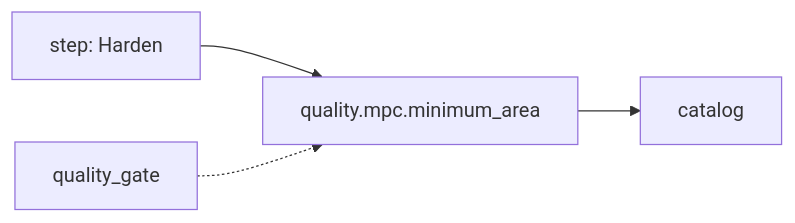
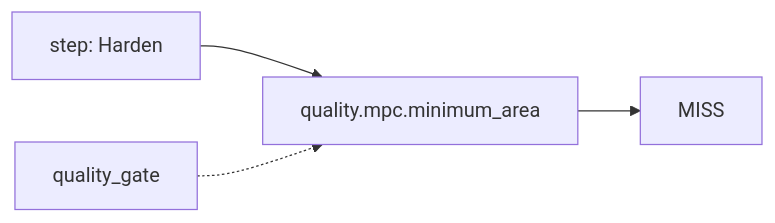
Before and after one commit to openecos-projects/ecc: diagram 17 of 53 in .github/signoff-board/signoff-kanban.md, drawn with Mermaid. The commit also changed other lines of this file and 2 other files, not shown here.

First line of the commit message:
feat(signoff): add performance / iSTA catalog slots (43 metrics)

````diff
--- a/.github/signoff-board/signoff-kanban.md
+++ b/.github/signoff-board/signoff-kanban.md
@@ -438,6 +470,6 @@
 ```mermaid
 flowchart LR
   step_quality_mpc_minimum_area["step: Harden"] --> metric_quality_mpc_minimum_area["quality.mpc.minimum_area"]
-  metric_quality_mpc_minimum_area --> state_quality_mpc_minimum_area["catalog"]
+  metric_quality_mpc_minimum_area --> state_quality_mpc_minimum_area["MISS"]
   cat_quality_mpc_minimum_area["quality_gate"] -.-> metric_quality_mpc_minimum_area
 ```
````
